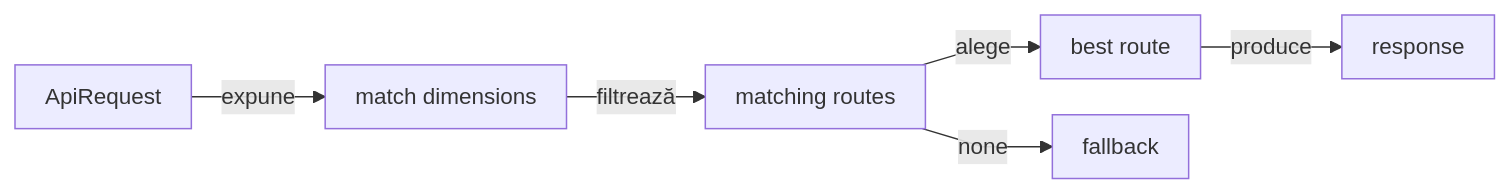
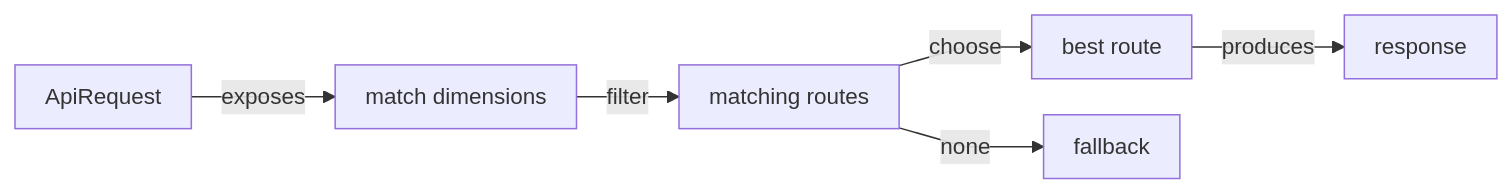
One commit to crististefanita/atf_j0 changed the third of 3 diagrams in atf-mock/README.md. Above: the diagram before and after it, drawn with Mermaid. The commit also changed other lines of this file and 113 other files, not shown here.

````diff
--- a/atf-mock/README.md
+++ b/atf-mock/README.md
@@ -160,9 +169,9 @@
 ```mermaid
 %%{init: {"themeVariables":{"fontSize":"15px"},"themeCSS":".nodeLabel, .nodeLabel p { font-size: 15px !important; line-height: 1.35 !important; } .edgeLabel, .edgeLabel p { font-size: 12px !important; font-weight: 400 !important; line-height: 1.2 !important; } .edgeLabel .labelBkg, .edgeLabel p { background: transparent !important; } .edgeLabel foreignObject { transform: translateY(-18px); overflow: visible; } .node rect { rx: 6px; ry: 6px; }","flowchart":{"curve":"linear","nodeSpacing":24,"rankSpacing":40,"padding":10,"diagramPadding":16}}}%%
 flowchart LR
-    Request["ApiRequest"] -->|expune| Dimensions["match dimensions"]
-    Dimensions -->|filtrează| Candidate["matching routes"]
-    Candidate -->|alege| Specific["best route"]
-    Specific -->|produce| Response["response"]
+    Request["ApiRequest"] -->|exposes| Dimensions["match dimensions"]
+    Dimensions -->|filter| Candidate["matching routes"]
+    Candidate -->|choose| Specific["best route"]
+    Specific -->|produces| Response["response"]
     Candidate -->|"none"| Fallback["fallback"]
 ```
````
